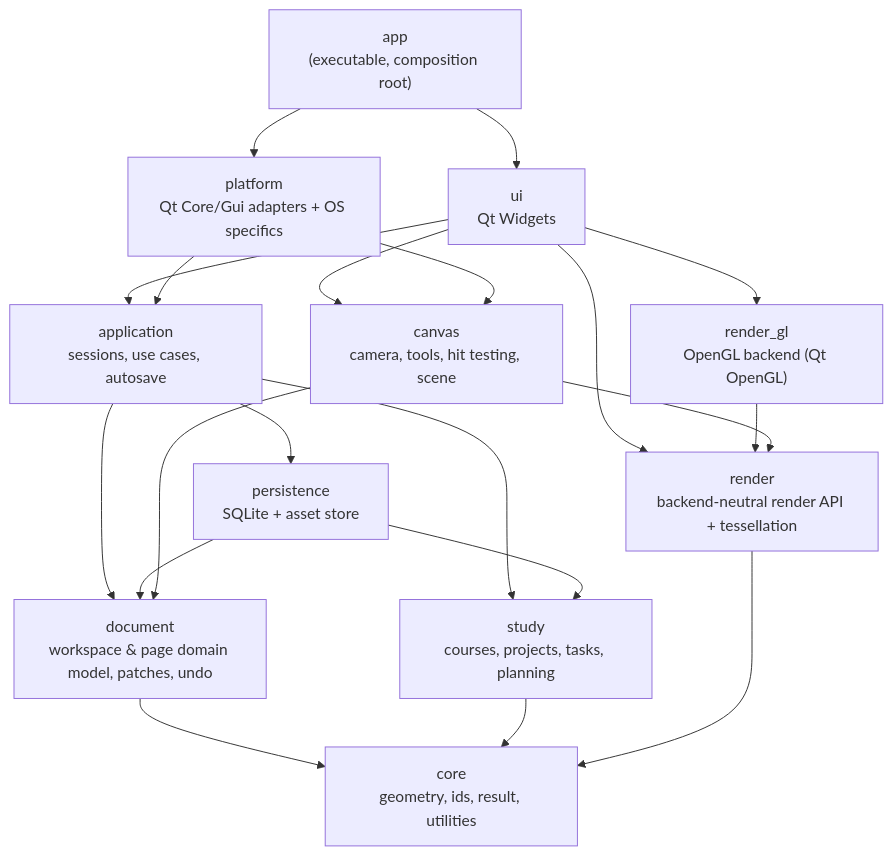
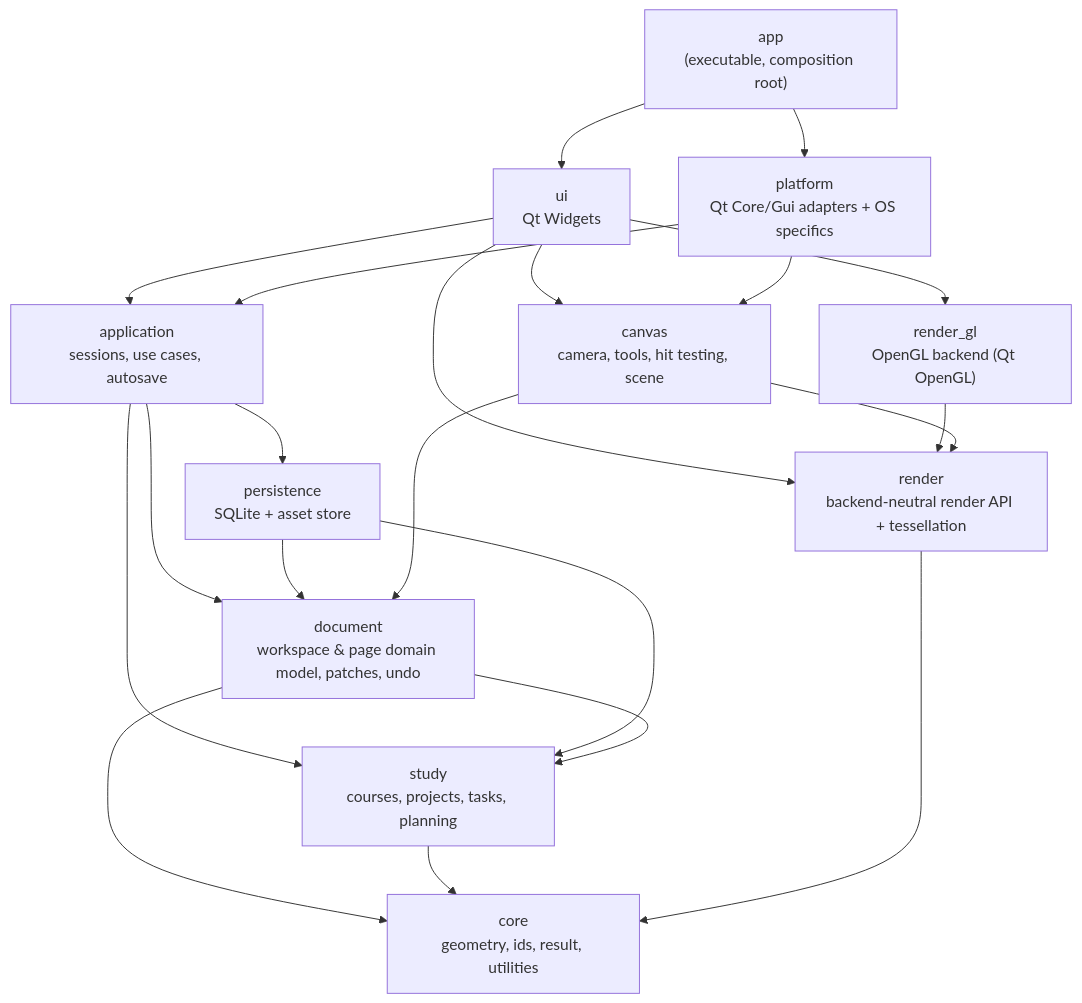
Before and after one commit to polaariiis/studying-app: the diagram in docs/ARCHITECTURE.md, drawn with Mermaid. The commit also changed other lines of this file and 113 other files, not shown here.

````diff
--- a/docs/ARCHITECTURE.md
+++ b/docs/ARCHITECTURE.md
@@ -90,34 +90,35 @@
 ```mermaid
 flowchart TD
     app["app<br/>(executable, composition root)"]
     ui["ui<br/>Qt Widgets"]
     platform["platform<br/>Qt Core/Gui adapters + OS specifics"]
     gl["render_gl<br/>OpenGL backend (Qt OpenGL)"]
     application["application<br/>sessions, use cases, autosave"]
     persistence["persistence<br/>SQLite + asset store"]
     canvas["canvas<br/>camera, tools, hit testing, scene"]
     render["render<br/>backend-neutral render API + tessellation"]
     document["document<br/>workspace & page domain model, patches, undo"]
     study["study<br/>courses, projects, tasks, planning"]
     core["core<br/>geometry, ids, result, utilities"]
 
     app --> ui
     app --> platform
     ui --> gl
     ui --> application
     ui --> canvas
     ui --> render
     platform --> application
     platform --> canvas
     gl --> render
     application --> persistence
     application --> document
     application --> study
     persistence --> document
     persistence --> study
     canvas --> document
     canvas --> render
+    document --> study
     document --> core
     study --> core
     render --> core
 ```
````
